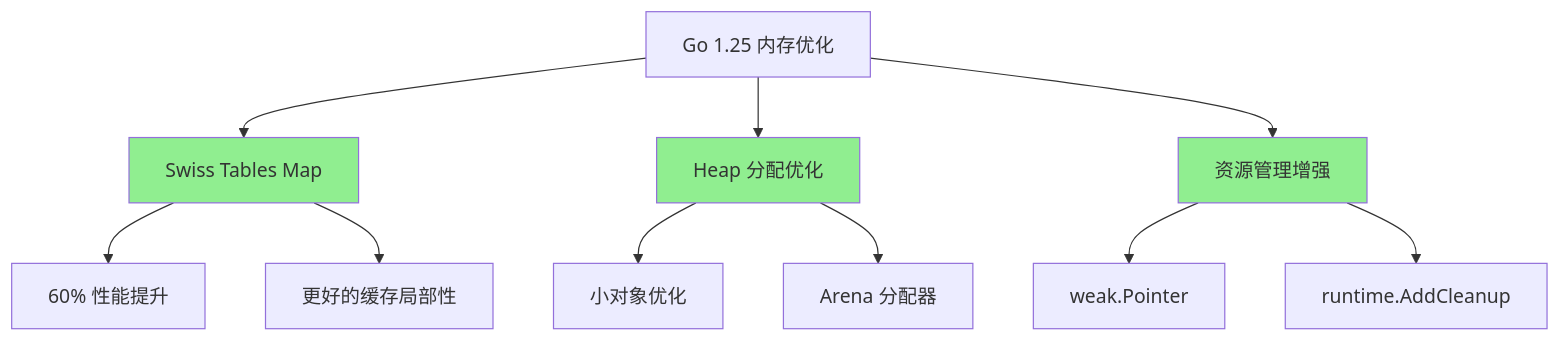
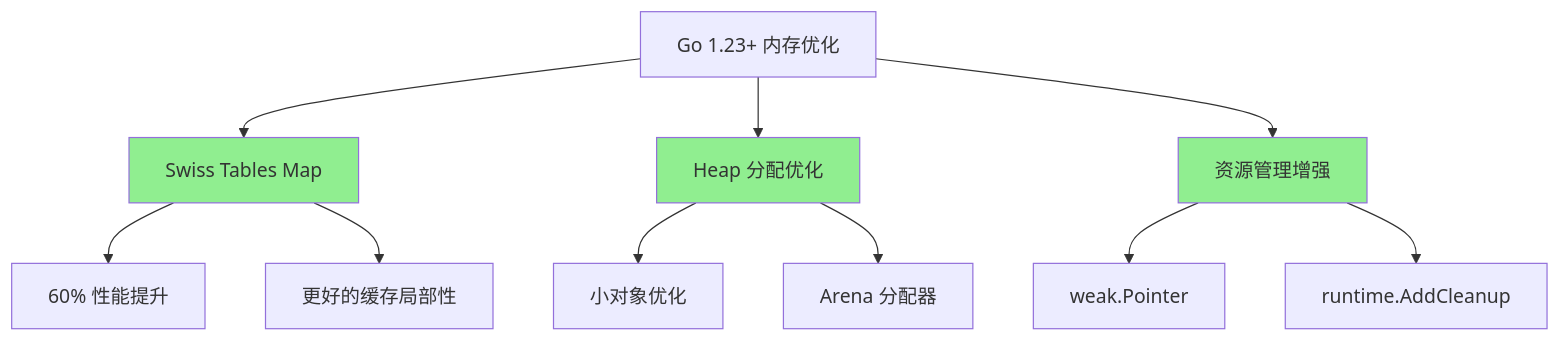
The first of 2 diagrams in docs/02-Go语言现代化/12-Go-1.25运行时优化/03-内存分配器优化.md (AdaMartin18010/golang), drawn with Mermaid before and after one commit. The commit also changed other lines of this file and 1372 other files, not shown here.

````diff
--- a/docs/02-Go语言现代化/12-Go-1.25运行时优化/03-内存分配器优化.md
+++ b/docs/02-Go语言现代化/12-Go-1.25运行时优化/03-内存分配器优化.md
@@ -70,19 +70,19 @@
 ```mermaid
 graph TD
-    A[Go 1.25 内存优化] --> B[Swiss Tables Map]
+    A[Go 1.23+ 内存优化] --> B[Swiss Tables Map]
     A --> C[Heap 分配优化]
     A --> D[资源管理增强]
     
     B --> B1[60% 性能提升]
     B --> B2[更好的缓存局部性]
     
     C --> C1[小对象优化]
     C --> C2[Arena 分配器]
     
     D --> D1[weak.Pointer]
     D --> D2[runtime.AddCleanup]
     
     style B fill:#90EE90
     style C fill:#90EE90
     style D fill:#90EE90
 ```
````
